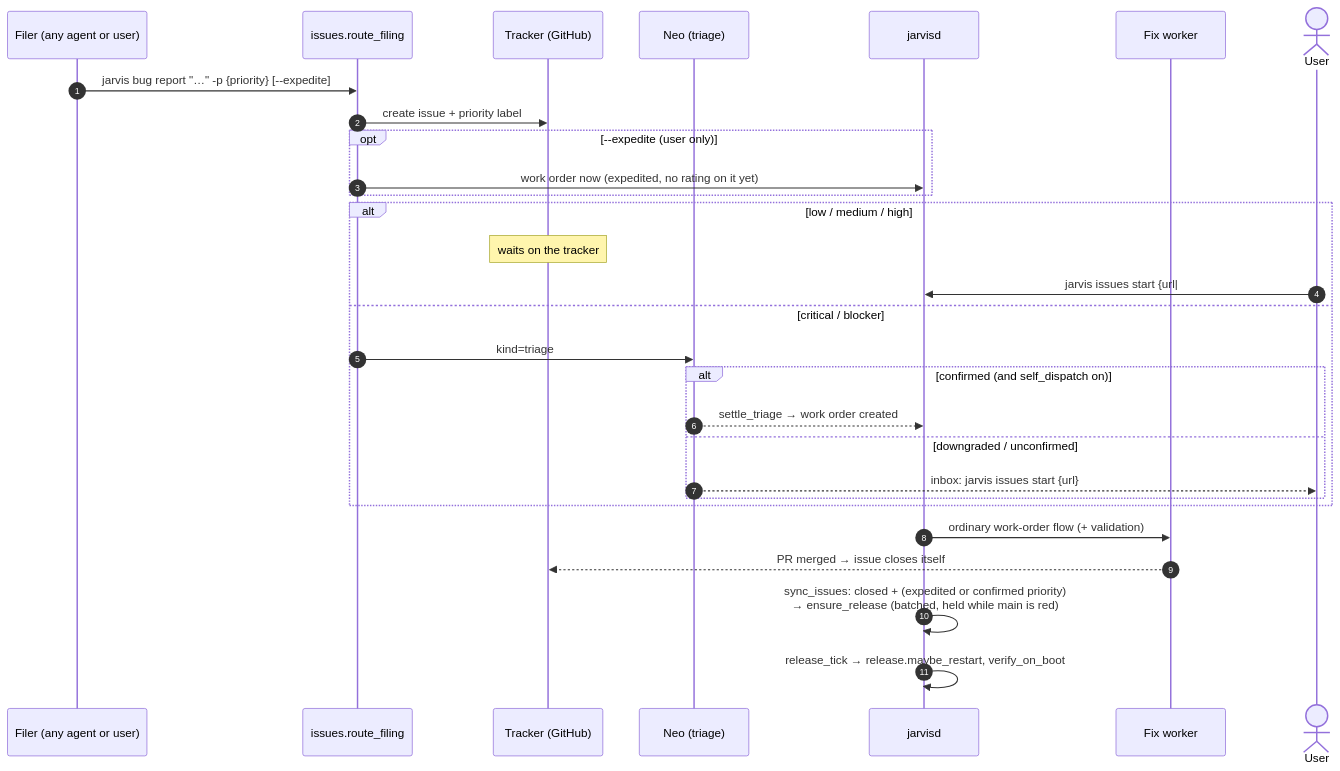
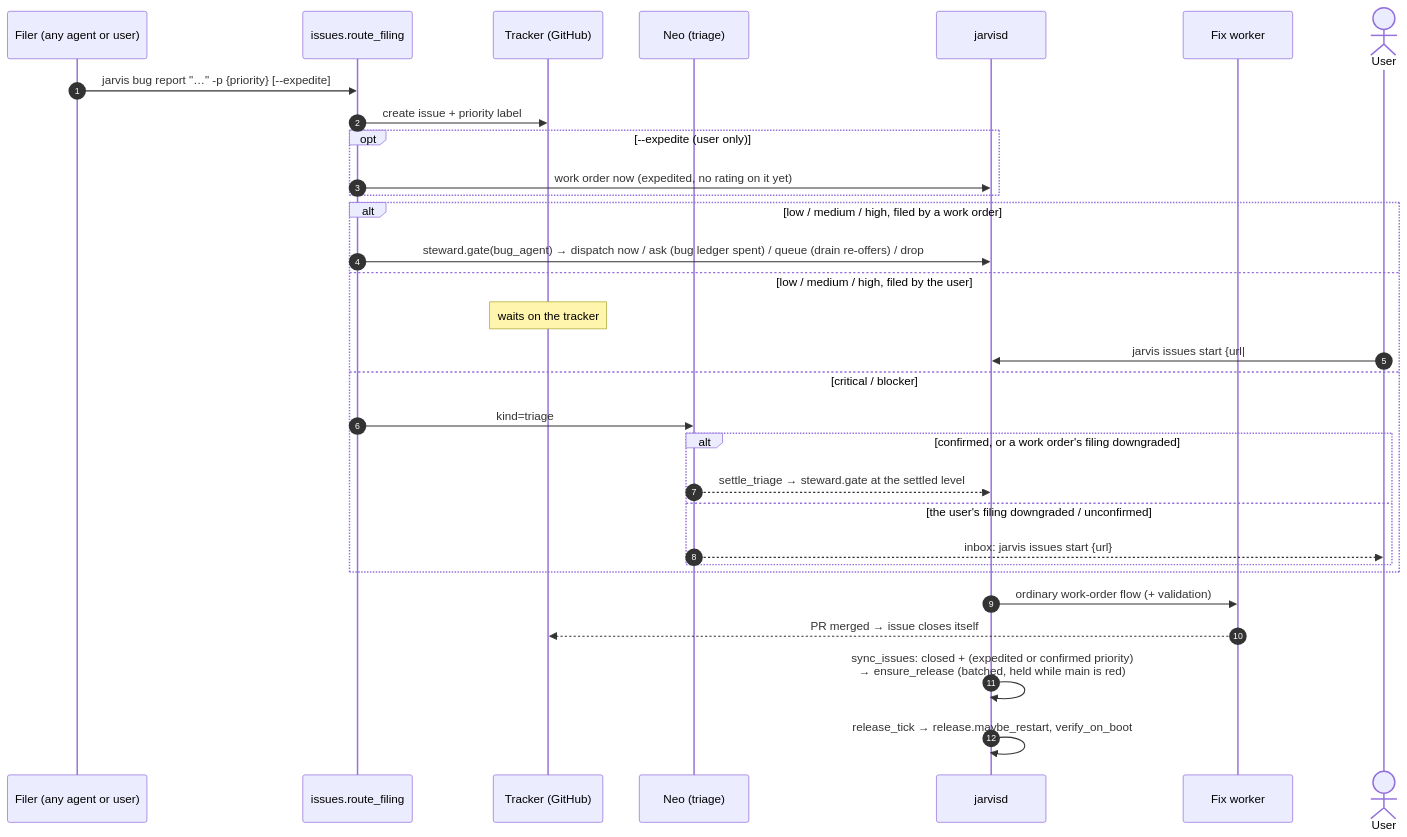
Before and after one commit to gonandrap/agentic_os: the diagram in docs/os/architecture/agents/bugs-and-releases.md, drawn with Mermaid. The commit also changed other lines of this file and 10 other files, not shown here.

First line of the commit message:
[wo-b59a21b1] Worker-filed bugs go to the steward at every priority (#1472)

````diff
--- a/docs/os/architecture/agents/bugs-and-releases.md
+++ b/docs/os/architecture/agents/bugs-and-releases.md
@@ -14,32 +15,34 @@
 ```mermaid
 sequenceDiagram
     autonumber
     participant F as Filer (any agent or user)
     participant I as issues.route_filing
     participant GH as Tracker (GitHub)
     participant N as Neo (triage)
     participant D as jarvisd
     participant W as Fix worker
     actor U as User
 
     F->>I: jarvis bug report "…" -p {priority} [--expedite]
     I->>GH: create issue + priority label
     opt --expedite (user only)
         I->>D: work order now (expedited, no rating on it yet)
     end
-    alt low / medium / high
+    alt low / medium / high, filed by a work order
+        I->>D: steward.gate(bug_agent) → dispatch now / ask (bug ledger spent) / queue (drain re-offers) / drop
+    else low / medium / high, filed by the user
         Note over GH: waits on the tracker
         U->>D: jarvis issues start {url|#n}
     else critical / blocker
         I->>N: kind=triage
-        alt confirmed (and self_dispatch on)
-            N-->>D: settle_triage → work order created
-        else downgraded / unconfirmed
+        alt confirmed, or a work order's filing downgraded
+            N-->>D: settle_triage → steward.gate at the settled level
+        else the user's filing downgraded / unconfirmed
             N-->>U: inbox: jarvis issues start {url}
         end
     end
     D->>W: ordinary work-order flow (+ validation)
     W-->>GH: PR merged → issue closes itself
     D->>D: sync_issues: closed + (expedited or confirmed priority)<br/>→ ensure_release (batched, held while main is red)
     D->>D: release_tick → release.maybe_restart, verify_on_boot
 ```
````
